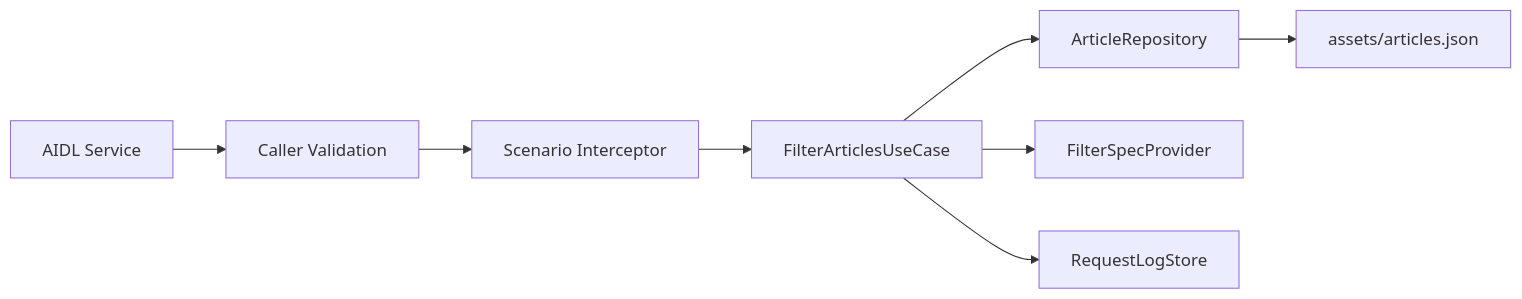
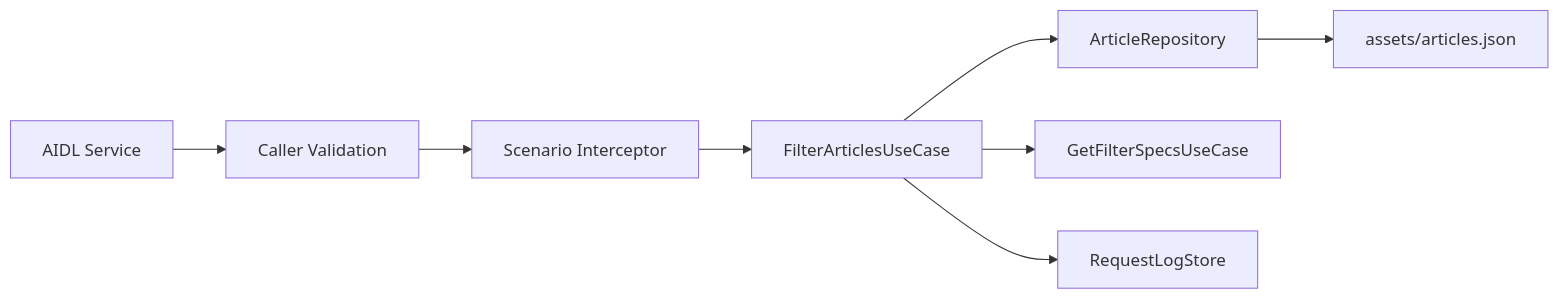
Before and after one commit to Yaniv-Benhaim/unity-news-app: the fifth of 9 diagrams in DESIGN.md, drawn with Mermaid. The commit also changed other lines of this file, not shown here.

````diff
--- a/DESIGN.md
+++ b/DESIGN.md
@@ -235,10 +235,10 @@
 ```mermaid
 flowchart LR
     Contract["AIDL Service"] --> Auth["Caller Validation"]
     Auth --> Scenario["Scenario Interceptor"]
     Scenario --> UseCase["FilterArticlesUseCase"]
     UseCase --> Repo["ArticleRepository"]
     Repo --> Asset["assets/articles.json"]
-    UseCase --> Specs["FilterSpecProvider"]
+    UseCase --> Specs["GetFilterSpecsUseCase"]
     UseCase --> Logs["RequestLogStore"]
 ```
````
